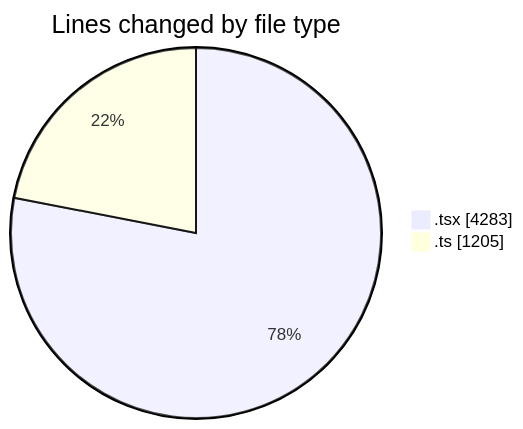
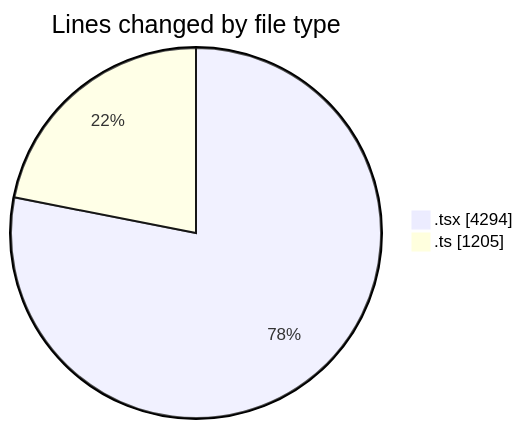
The first of 2 diagrams in 2026-02-18/nxtqube_webapp/README.md (nxtqubesakshisongat/code-tracking), drawn with Mermaid before and after one commit. The commit also changed other lines of this file and 1 other file, not shown here.

````diff
--- a/2026-02-18/nxtqube_webapp/README.md
+++ b/2026-02-18/nxtqube_webapp/README.md
@@ -29,6 +29,6 @@
 ```mermaid
 pie showData
 title Lines changed by file type
-".tsx" : 4283
+".tsx" : 4294
 ".ts" : 1205
 ```
````
